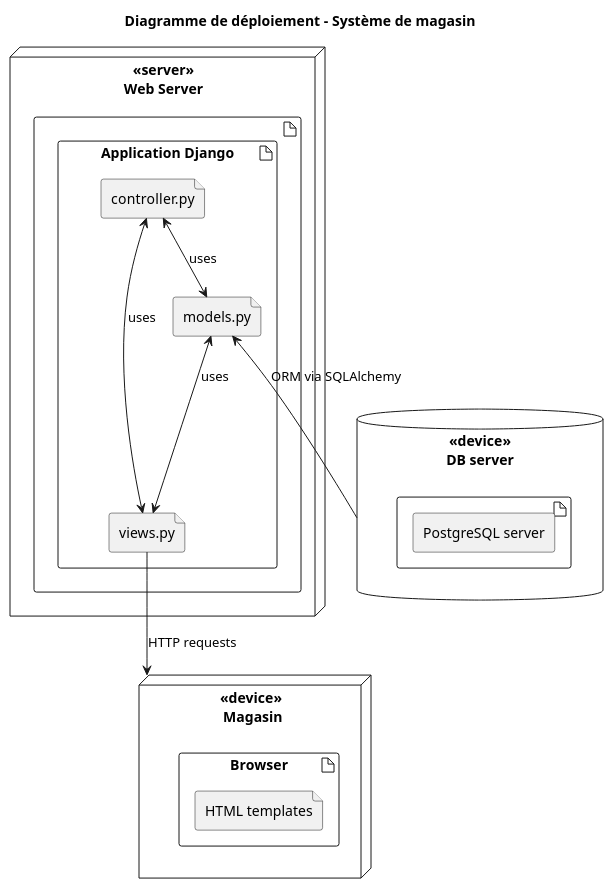
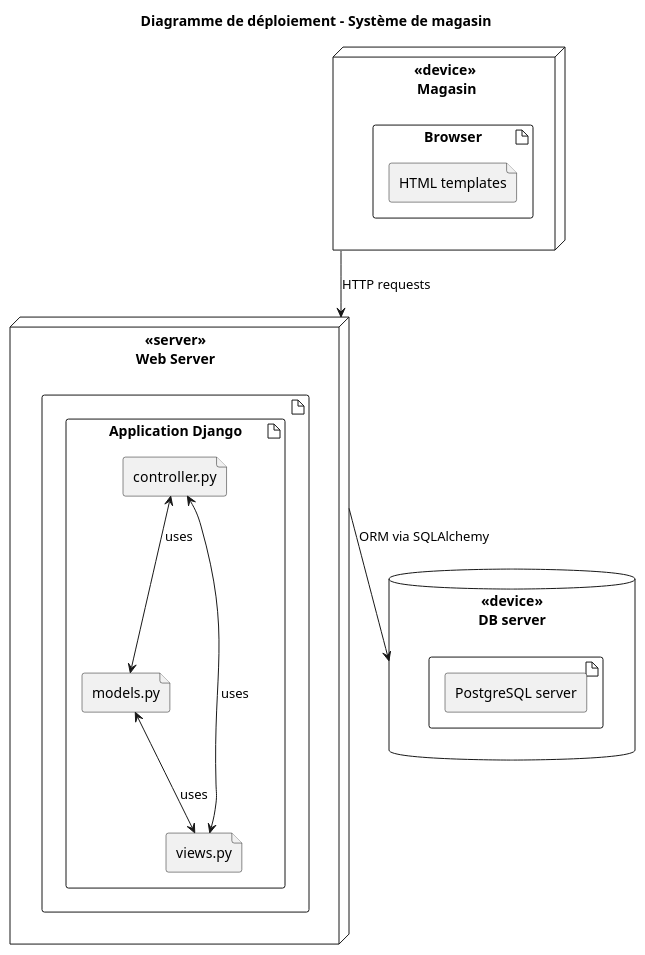
One commit to LojanArunasalam/LOG430-Lab2 changed the diagram in docs/diagrams/deployment_diagram.puml. Above: the diagram before and after it, drawn with PlantUML. The commit also changed 6 other files, not shown here.

```diff
--- a/docs/diagrams/deployment_diagram.puml
+++ b/docs/diagrams/deployment_diagram.puml
@@ -1,32 +1,34 @@
 @startuml  
 top to bottom direction
 title Diagramme de déploiement - Système de magasin
+node "<<device>>\n Magasin" { 
+    artifact "Browser" { 
+        file "HTML templates"
+    }
+}
+
 node "<<server>>\nWeb Server" { 
     artifact { 
         artifact "Application Django" { 
             file "controller.py"
             file "models.py"
             file "views.py"
         }
     } 
 }
 
-node "<<device>>\n Magasin" { 
-    artifact "Browser" { 
-        file "HTML templates"
-    }
-}
+
 
 database "<<device>>\nDB server" { 
     artifact { 
         agent "PostgreSQL server"
     }
 }
 
 
 "controller.py" <--> "models.py" : uses
-"models.py" <-- "<<device>>\nDB server" : ORM via SQLAlchemy
 "controller.py" <--> "views.py" : uses
 "models.py" <--> "views.py" : uses
-"views.py" --> "<<device>>\n Magasin" : HTTP requests
+"<<device>>\n Magasin" --> "<<server>>\nWeb Server" : HTTP requests
+"<<server>>\nWeb Server" --> "<<device>>\nDB server" : ORM via SQLAlchemy
 @enduml 
```
